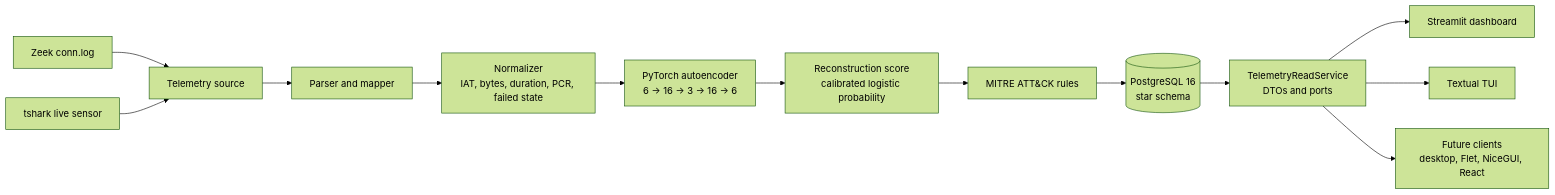
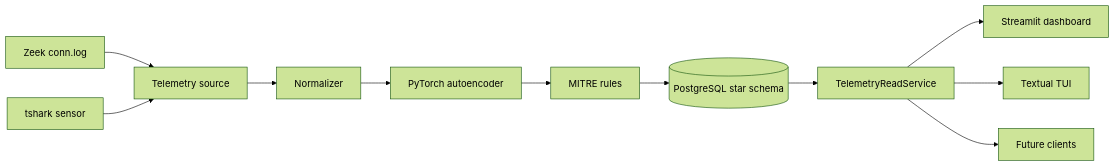
One commit to Geovanny001/Vortemis.io changed the diagram in README.md. Above: the diagram before and after it, drawn with Mermaid (forest theme). The commit also changed other lines of this file, not shown here.

````diff
--- a/README.md
+++ b/README.md
@@ -59,15 +55,13 @@
 ```mermaid
 flowchart LR
-    Z["Zeek conn.log"] --> TS["Telemetry source"]
-    T["tshark live sensor"] --> TS
-    TS --> P["Parser and mapper"]
-    P --> N["Normalizer<br/>IAT, bytes, duration, PCR, failed state"]
-    N --> A["PyTorch autoencoder<br/>6 -> 16 -> 3 -> 16 -> 6"]
-    A --> S["Reconstruction score<br/>calibrated logistic probability"]
-    S --> M["MITRE ATT&CK rules"]
-    M --> DB[("PostgreSQL 16<br/>star schema")]
-    DB --> RS["TelemetryReadService<br/>DTOs and ports"]
-    RS --> UI["Streamlit dashboard"]
-    RS --> TUI["Textual TUI"]
-    RS --> FUT["Future clients<br/>desktop, Flet, NiceGUI, React"]
+    Z["Zeek conn.log"] --> S["Telemetry source"]
+    T["tshark sensor"] --> S
+    S --> N["Normalizer"]
+    N --> A["PyTorch autoencoder"]
+    A --> R["MITRE rules"]
+    R --> DB[("PostgreSQL star schema")]
+    DB --> Q["TelemetryReadService"]
+    Q --> W["Streamlit dashboard"]
+    Q --> C["Textual TUI"]
+    Q --> F["Future clients"]
 ```
````
